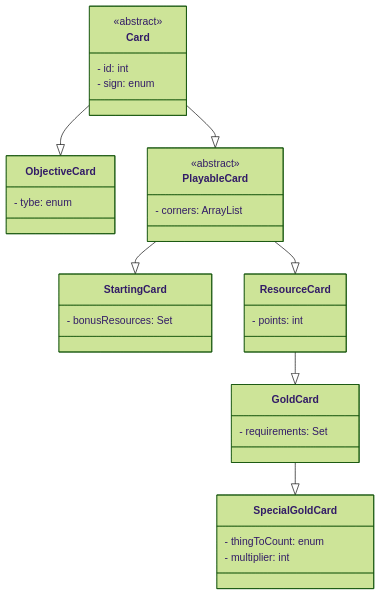
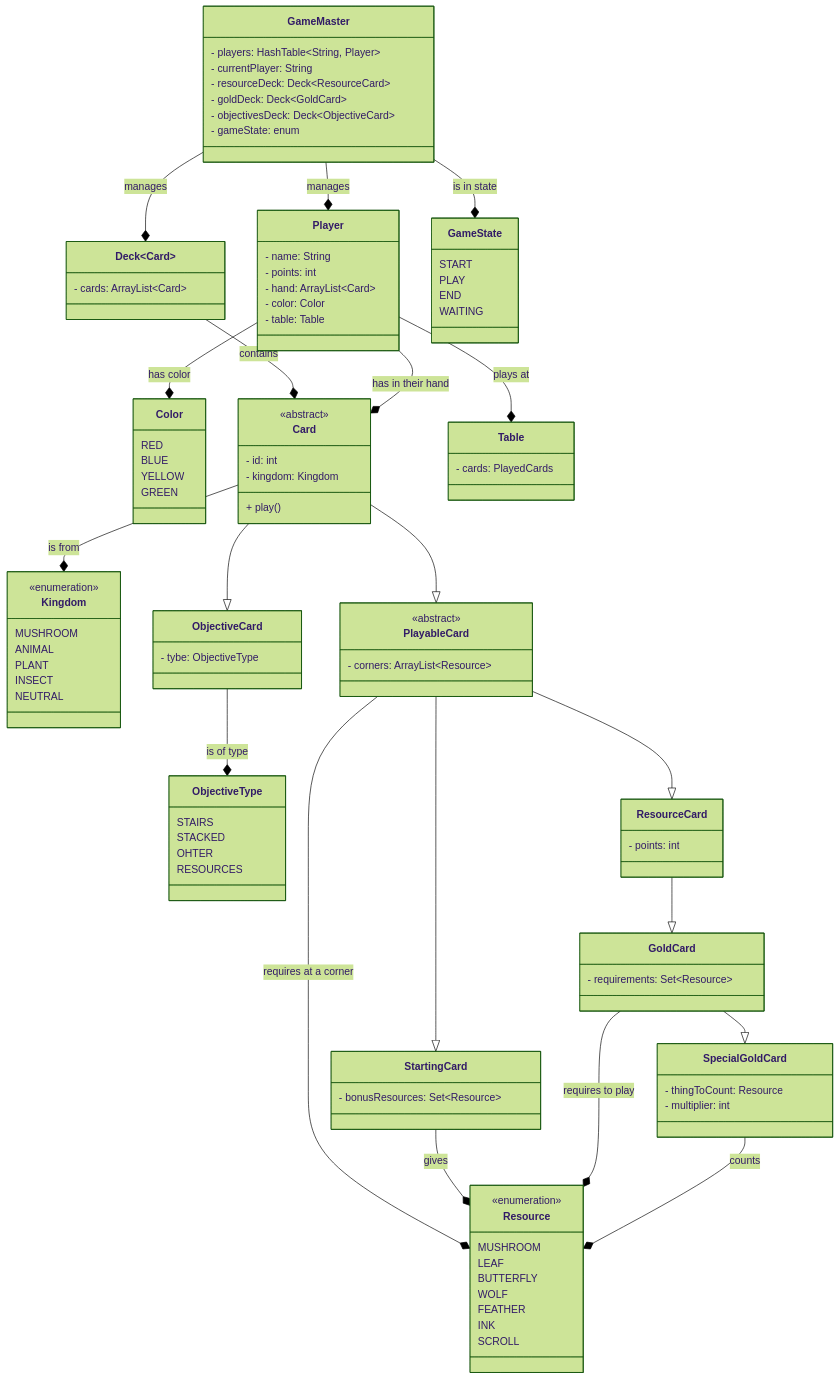
One commit to TheCaptainCraken/IS24-AM26 changed the diagram in deliverables/UML/model.md. Above: the diagram before and after it, drawn with Mermaid (forest theme).

````diff
--- a/deliverables/UML/model.md
+++ b/deliverables/UML/model.md
@@ -3,34 +3,85 @@
 ```mermaid
 classDiagram
+
+    class Kingdom {
+        <<enumeration>>
+        MUSHROOM
+        ANIMAL
+        PLANT
+        INSECT
+        NEUTRAL
+    }
+
+    class Resource {
+        <<enumeration>>
+        MUSHROOM
+        LEAF
+        BUTTERFLY
+        WOLF
+        FEATHER
+        INK
+        SCROLL
+    }
+
+    class Color {
+        RED
+        BLUE
+        YELLOW
+        GREEN
+    }
+
     class Card {
         <<abstract>>
         - id: int
-        - sign: enum
+        - kingdom: Kingdom
+        + play()
     }
+
+    Card --* Kingdom : is from
+
+    class ObjectiveType {
+        STAIRS
+        STACKED
+        OHTER
+        RESOURCES
+    }
+
     class ObjectiveCard {
-        - tybe: enum
+        - tybe: ObjectiveType
     }
+
+    ObjectiveCard --* ObjectiveType : is of type 
+
+    %% Non sono sicuro di come rappresentarli.
     class PlayableCard {
         <<abstract>>
-        - corners: ArrayList
+        - corners: ArrayList~Resource~ 
     }
 
+    PlayableCard --* Resource : requires at a corner
+
     class StartingCard {
-        - bonusResources: Set
+        - bonusResources: Set~Resource~
     }
+
+    StartingCard --* Resource : gives
 
     class ResourceCard {
         - points: int 
     }
 
     class GoldCard {
-        - requirements: Set
+        - requirements: Set~Resource~
     }
 
+    GoldCard --* Resource : requires to play
+
     class SpecialGoldCard {
-        - thingToCount: enum
+        - thingToCount: Resource
         - multiplier: int
     }
+
+    SpecialGoldCard --* Resource : counts
 
     Card --|> ObjectiveCard
     Card --|> PlayableCard
@@ -38,4 +89,48 @@
     PlayableCard --|> ResourceCard
     ResourceCard --|> GoldCard
     GoldCard --|> SpecialGoldCard
+
+    class Deck~Card~ {
+        - cards: ArrayList~Card~
+    }
+
+    Deck --* Card : contains
+
+    class Player {
+        - name: String
+        - points: int
+        - hand: ArrayList~Card~
+        - color: Color
+        - table: Table
+    }
+
+    Player --* Card : has in their hand 
+    Player --* Color : has color
+
+    class Table {
+        - cards: PlayedCards
+    }
+
+    Player --* Table : plays at
+
+    class GameState {
+        START
+        PLAY
+        END
+        WAITING
+    }
+
+    class GameMaster {
+        - players: HashTable~String, Player~
+        - currentPlayer: String
+        - resourceDeck: Deck~ResourceCard~
+        - goldDeck: Deck~GoldCard~
+        - objectivesDeck: Deck~ObjectiveCard~
+        - gameState: enum
+    }
+
+    GameMaster --* Player : manages
+    GameMaster --* Deck : manages
+    GameMaster --* GameState : is in state
+
 ```
````
